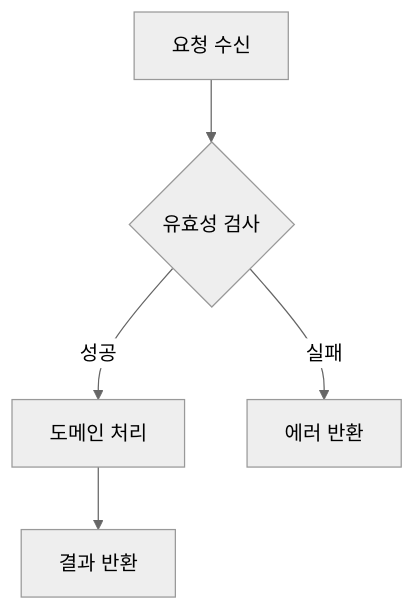
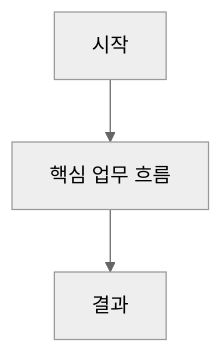
The first of 4 diagrams in .codex/skills/design-implementation/templates/design-implementation.md (JuJin1324/problem-solving-skills), drawn with Mermaid (neutral theme) before and after one commit. The commit also changed other lines of this file and 54 other files, not shown here.

````diff
--- a/.codex/skills/design-implementation/templates/design-implementation.md
+++ b/.codex/skills/design-implementation/templates/design-implementation.md
@@ -133,7 +39,5 @@
 ```mermaid
 flowchart TD
-  A[요청 수신] --> B{유효성 검사}
-  B -->|성공| C[도메인 처리]
-  B -->|실패| E[에러 반환]
-  C --> D[결과 반환]
+  A[시작] --> B[핵심 업무 흐름]
+  B --> C[결과]
 ```
````
